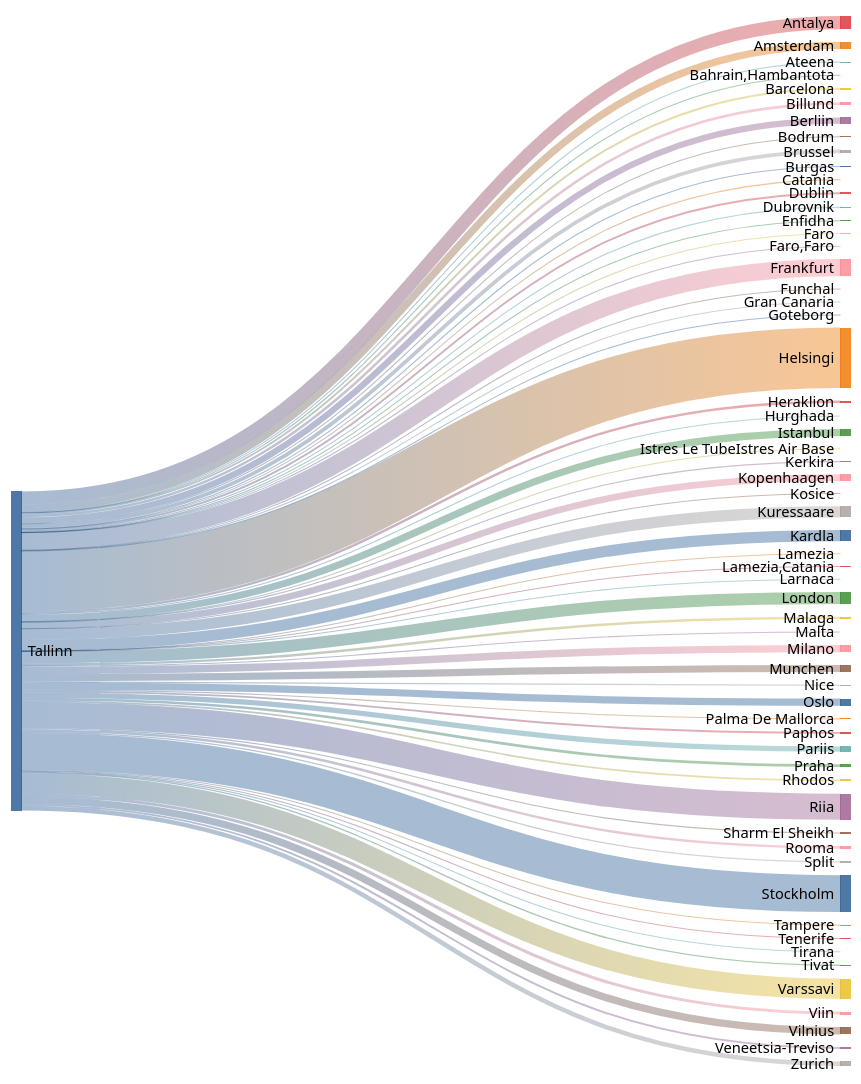
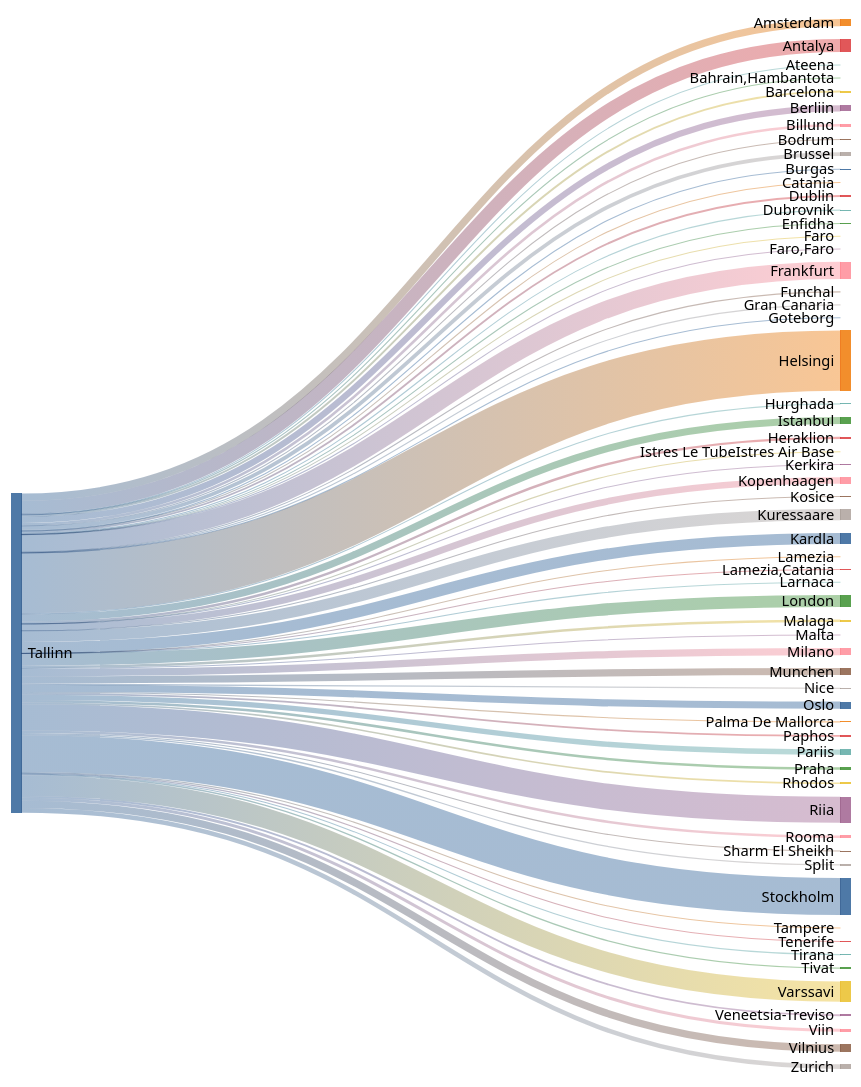
Before and after one commit to rainermesi/tll-airport-departures: the second of 2 diagrams in README.md, drawn with Mermaid (forest theme). The commit also changed other lines of this file, not shown here.

````diff
--- a/README.md
+++ b/README.md
@@ -34,72 +34,72 @@
 ```mermaid
 ---
 config:
   sankey:
     showValues: false
     width: 800
     height: 1000
 ---
 sankey-beta
 %% source,target,value
-Tallinn,Amsterdam,140
+Tallinn,Amsterdam,142
 Tallinn,Antalya,250
 Tallinn,Ateena,16
 Tallinn,"Bahrain,Hambantota",1
 Tallinn,Barcelona,37
 Tallinn,Berliin,120
 Tallinn,Billund,49
 Tallinn,Bodrum,11
-Tallinn,Brussel,71
+Tallinn,Brussel,72
 Tallinn,Burgas,21
 Tallinn,Catania,2
 Tallinn,Dublin,36
 Tallinn,Dubrovnik,21
 Tallinn,Enfidha,7
 Tallinn,Faro,4
 Tallinn,"Faro,Faro",1
-Tallinn,Frankfurt,332
+Tallinn,Frankfurt,335
 Tallinn,Funchal,5
 Tallinn,Gran Canaria,11
 Tallinn,Goteborg,1
-Tallinn,Helsingi,1151
+Tallinn,Helsingi,1160
 Tallinn,Heraklion,46
 Tallinn,Hurghada,17
-Tallinn,Istanbul,136
+Tallinn,Istanbul,137
 Tallinn,Istres Le TubeIstres Air Base,2
 Tallinn,Kerkira,4
-Tallinn,Kopenhaagen,127
+Tallinn,Kopenhaagen,128
 Tallinn,Kosice,1
-Tallinn,Kuressaare,213
-Tallinn,Kardla,213
+Tallinn,Kuressaare,215
+Tallinn,Kardla,215
 Tallinn,Lamezia,1
 Tallinn,"Lamezia,Catania",3
 Tallinn,Larnaca,4
-Tallinn,London,228
-Tallinn,Malaga,47
+Tallinn,London,230
+Tallinn,Malaga,48
 Tallinn,Malta,15
-Tallinn,Milano,140
+Tallinn,Milano,141
 Tallinn,Munchen,137
 Tallinn,Nice,25
-Tallinn,Oslo,137
+Tallinn,Oslo,138
 Tallinn,Palma De Mallorca,19
 Tallinn,Paphos,35
-Tallinn,Pariis,101
+Tallinn,Pariis,102
 Tallinn,Praha,49
 Tallinn,Rhodos,32
-Tallinn,Riia,497
+Tallinn,Riia,501
 Tallinn,Rooma,48
 Tallinn,Sharm El Sheikh,21
 Tallinn,Split,25
-Tallinn,Stockholm,704
+Tallinn,Stockholm,706
 Tallinn,Tampere,17
 Tallinn,Tenerife,16
 Tallinn,Tirana,8
 Tallinn,Tivat,26
-Tallinn,Varssavi,388
+Tallinn,Varssavi,390
 Tallinn,Veneetsia-Treviso,36
 Tallinn,Viin,57
-Tallinn,Vilnius,139
-Tallinn,Zurich,87
+Tallinn,Vilnius,141
+Tallinn,Zurich,88
 
 
 ```
````
